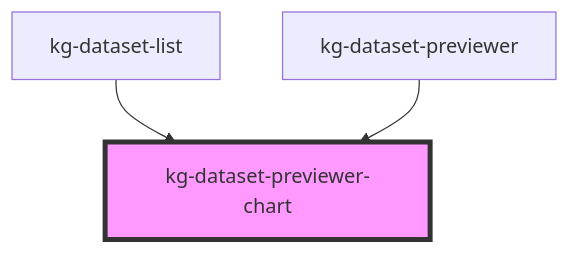
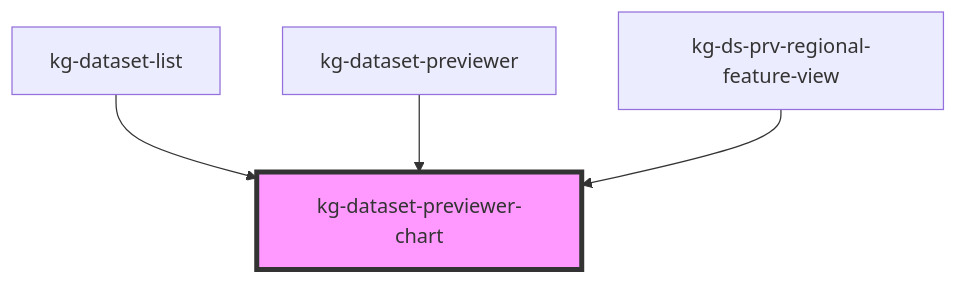
Before and after one commit to FZJ-INM1-BDA/kg-dataset-previewer: the diagram in src/components/kg-dataset-previewer-charts/readme.md, drawn with Mermaid. The commit also changed other lines of this file and 18 other files, not shown here.

````diff
--- a/src/components/kg-dataset-previewer-charts/readme.md
+++ b/src/components/kg-dataset-previewer-charts/readme.md
@@ -54,6 +55,7 @@
 ```mermaid
 graph TD;
   kg-dataset-list --> kg-dataset-previewer-chart
   kg-dataset-previewer --> kg-dataset-previewer-chart
+  kg-ds-prv-regional-feature-view --> kg-dataset-previewer-chart
   style kg-dataset-previewer-chart fill:#f9f,stroke:#333,stroke-width:4px
 ```
````
